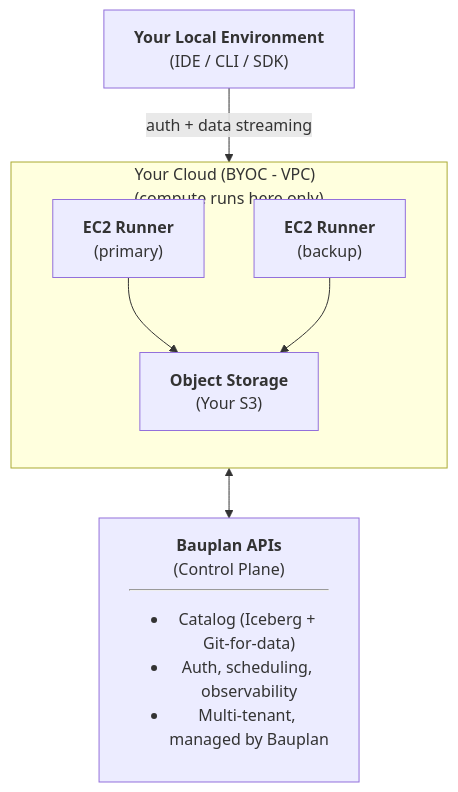
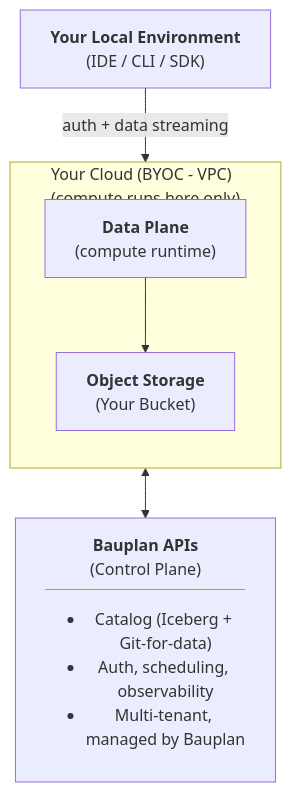
Before and after one commit to BauplanLabs/bauplan: the second of 2 diagrams in docs/pages/overview/deployment.mdx, drawn with Mermaid. The commit also changed other lines of this file and 26 other files, not shown here.

````diff
--- a/docs/pages/overview/deployment.mdx
+++ b/docs/pages/overview/deployment.mdx
@@ -41,19 +41,17 @@
 ```mermaid
 flowchart TB
     A["<b>Your Local Environment</b><br/>(IDE / CLI / SDK)"]
 
     A -->|"auth + data streaming"| B
 
     subgraph B["Your Cloud (BYOC - VPC)<br/>(compute runs here only)"]
         direction TB
-        C["<b>EC2 Runner</b><br/>(primary)"]
-        D["<b>EC2 Runner</b><br/>(backup)"]
-        E["<b>Object Storage</b><br/>(Your S3)"]:::external
+        C["<b>Data Plane</b><br/>(compute runtime)"]
+        E["<b>Object Storage</b><br/>(Your Bucket)"]:::external
         C --> E
-        D --> E
     end
 
     B <--> F
 
     F["<b>Bauplan APIs</b><br/>(Control Plane)<hr/><ul><li>Catalog (Iceberg + Git-for-data)</li><li>Auth, scheduling, observability</li><li>Multi-tenant, managed by Bauplan</li></ul>"]:::accent
 ```
````
